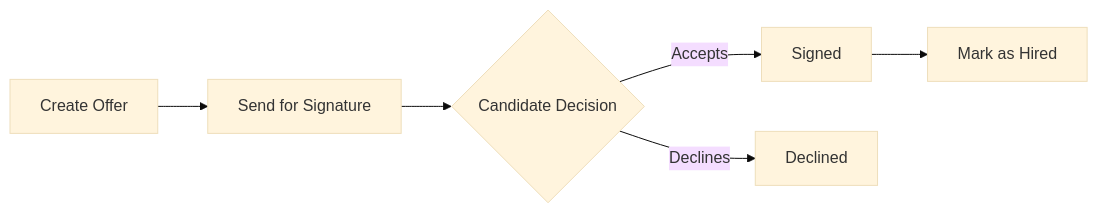
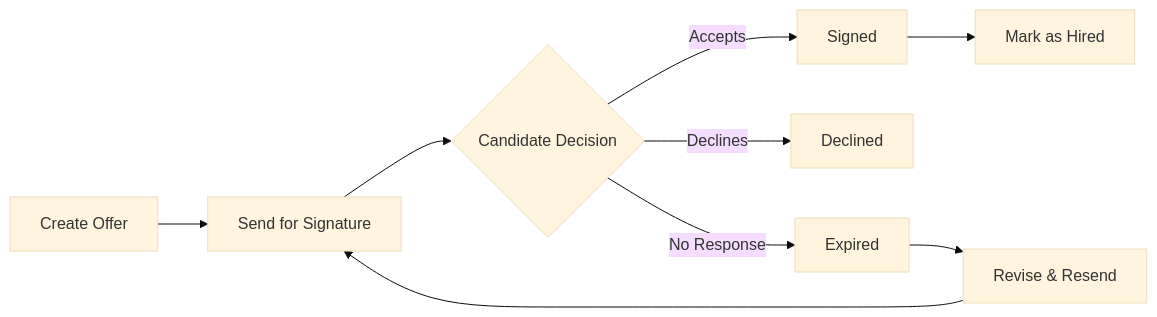
One commit to jesseisk/docs changed the diagram in manual/offers-and-hiring.mdx. Above: the diagram before and after it, drawn with Mermaid (base theme). The commit also changed other lines of this file and 22 other files, not shown here.

Commit message:
docs: review pass — fix titles, descriptions, API consistency, Mermaid diagram, missing response example

````diff
--- a/manual/offers-and-hiring.mdx
+++ b/manual/offers-and-hiring.mdx
@@ -57,8 +57,11 @@
 ```mermaid
 flowchart LR
   A[Create Offer] --> B[Send for Signature]
   B --> C{Candidate Decision}
   C -->|Accepts| D[Signed]
   C -->|Declines| E[Declined]
+  C -->|No Response| G[Expired]
   D --> F[Mark as Hired]
+  G --> H[Revise & Resend]
+  H --> B
 ```
````
